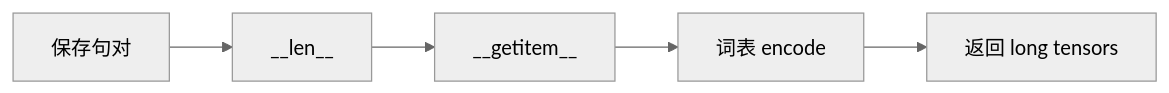
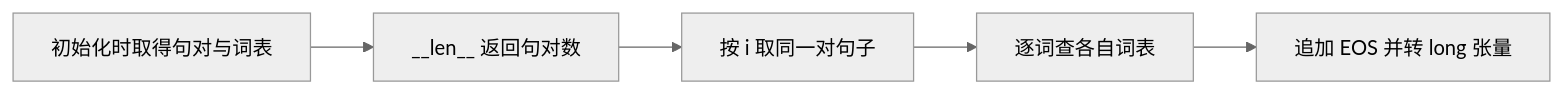
The first of 2 diagrams in notes/seq2seq-translation/07-dataset.md (luyunix/nlp_study), drawn with Mermaid (neutral theme) before and after one commit. The commit also changed other lines of this file and 66 other files, not shown here.

````diff
--- a/notes/seq2seq-translation/07-dataset.md
+++ b/notes/seq2seq-translation/07-dataset.md
@@ -17,12 +17,12 @@
 ```mermaid
 flowchart LR
-    N0["保存句对"]
-    N1["__len__"]
-    N2["__getitem__"]
-    N3["词表 encode"]
-    N4["返回 long tensors"]
+    N0["初始化时取得句对与词表"]
+    N1["__len__ 返回句对数"]
+    N2["按 i 取同一对句子"]
+    N3["逐词查各自词表"]
+    N4["追加 EOS 并转 long 张量"]
     N0 --> N1
     N1 --> N2
     N2 --> N3
     N3 --> N4
 ```
````
